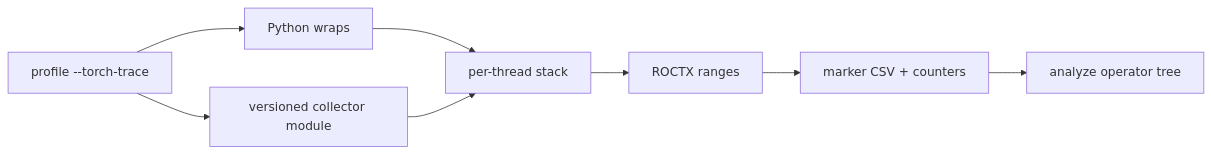
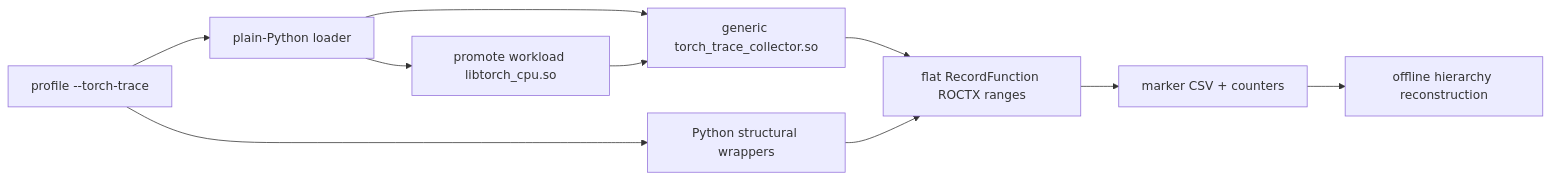
Before and after one commit to ROCm/rocm-systems: the diagram in projects/rocprofiler-compute/docs/design/hld-torch-trace-collector.md, drawn with Mermaid. The commit also changed other lines of this file and 2 other files, not shown here.

Commit message:
[rocprofiler-compute] Document generic Torch collector

````diff
--- a/projects/rocprofiler-compute/docs/design/hld-torch-trace-collector.md
+++ b/projects/rocprofiler-compute/docs/design/hld-torch-trace-collector.md
@@ -80,10 +52,12 @@
 ```mermaid
 flowchart LR
-  profile["profile --torch-trace"] --> wraps["Python wraps"]
-  profile --> collector["versioned collector module"]
-  wraps --> stack["per-thread stack"]
-  collector --> stack
-  stack --> roctx["ROCTX ranges"]
-  roctx --> csv["marker CSV + counters"]
-  csv --> analyze["analyze operator tree"]
+  profile["profile --torch-trace"] --> python["Python structural wrappers"]
+  profile --> loader["plain-Python loader"]
+  loader --> torch["promote workload libtorch_cpu.so"]
+  loader --> collector["generic torch_trace_collector.so"]
+  torch --> collector
+  collector --> events["flat RecordFunction ROCTX ranges"]
+  python --> events
+  events --> csv["marker CSV + counters"]
+  csv --> analyze["offline hierarchy reconstruction"]
 ```
````
